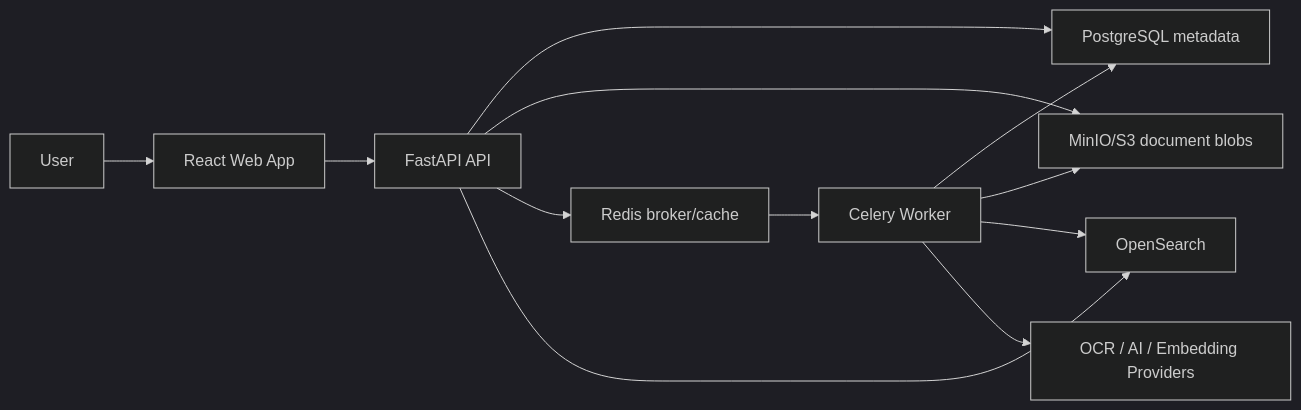
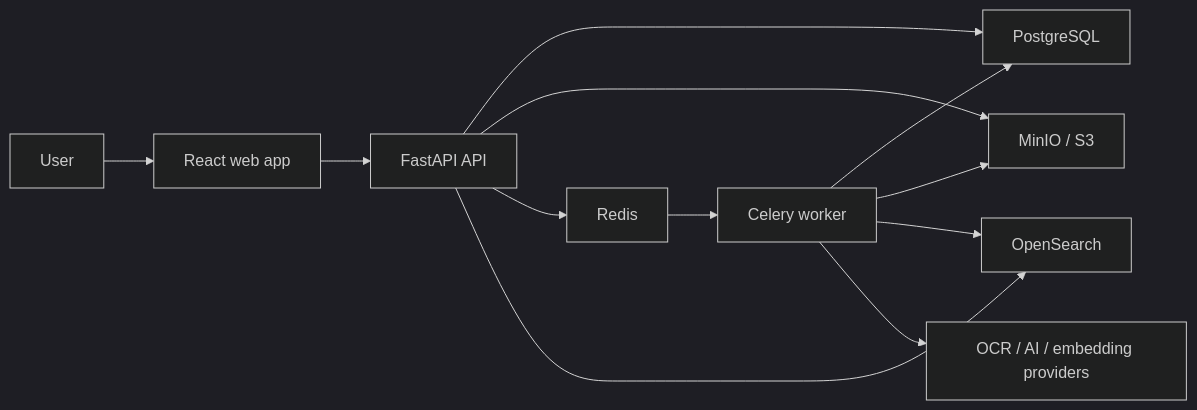
Before and after one commit to harish2k01/papervault: the first of 2 diagrams in docs/architecture.md, drawn with Mermaid (dark theme). The commit also changed other lines of this file and 60 other files, not shown here.

First line of the commit message:
Refactor documentation and architecture for clarity and consistency

````diff
--- a/docs/architecture.md
+++ b/docs/architecture.md
@@ -7,14 +7,14 @@
 ```mermaid
 flowchart LR
-  User["User"] --> Web["React Web App"]
+  User["User"] --> Web["React web app"]
   Web --> API["FastAPI API"]
-  API --> Postgres["PostgreSQL metadata"]
-  API --> S3["MinIO/S3 document blobs"]
-  API --> Redis["Redis broker/cache"]
+  API --> Postgres["PostgreSQL"]
+  API --> Storage["MinIO / S3"]
+  API --> Redis["Redis"]
   API --> Search["OpenSearch"]
-  Redis --> Worker["Celery Worker"]
+  Redis --> Worker["Celery worker"]
   Worker --> Postgres
-  Worker --> S3
+  Worker --> Storage
   Worker --> Search
-  Worker --> Providers["OCR / AI / Embedding Providers"]
+  Worker --> Providers["OCR / AI / embedding providers"]
 ```
````
